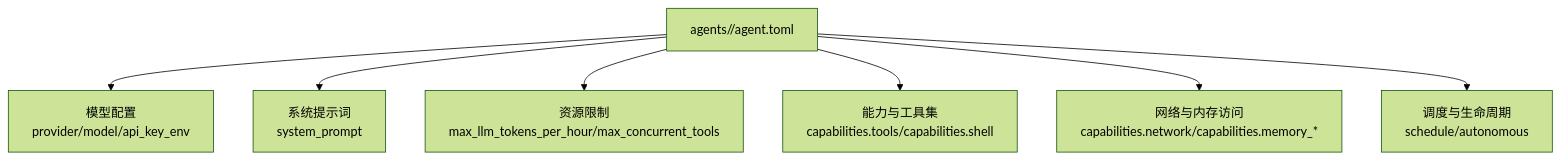
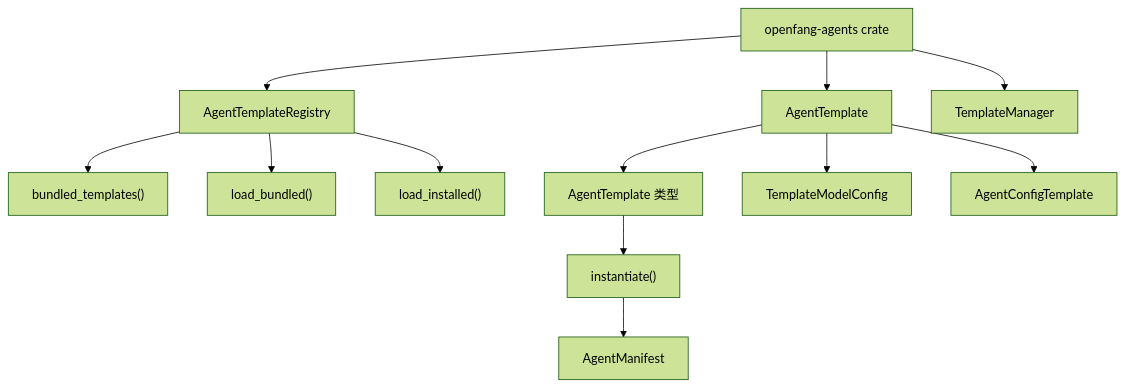
The first of 4 diagrams in .qoder/repowiki/zh/content/智能体开发/预构建智能体模板/预构建智能体模板.md (hexiaowen-bot/openfang), drawn with Mermaid (forest theme) before and after one commit. The commit also changed other lines of this file and 65 other files, not shown here.

````diff
--- a/.qoder/repowiki/zh/content/智能体开发/预构建智能体模板/预构建智能体模板.md
+++ b/.qoder/repowiki/zh/content/智能体开发/预构建智能体模板/预构建智能体模板.md
@@ -51,9 +72,14 @@
 ```mermaid
 graph TB
-A["agents/<agent_name>/agent.toml"] --> B["模型配置<br/>provider/model/api_key_env"]
-A --> C["系统提示词<br/>system_prompt"]
-A --> D["资源限制<br/>max_llm_tokens_per_hour/max_concurrent_tools"]
-A --> E["能力与工具集<br/>capabilities.tools/capabilities.shell"]
-A --> F["网络与内存访问<br/>capabilities.network/capabilities.memory_*"]
-A --> G["调度与生命周期<br/>schedule/autonomous"]
+A["openfang-agents crate"] --> B["AgentTemplateRegistry"]
+A --> C["AgentTemplate"]
+A --> D["TemplateManager"]
+B --> E["bundled_templates()"]
+B --> F["load_bundled()"]
+B --> G["load_installed()"]
+C --> H["AgentTemplate 类型"]
+C --> I["TemplateModelConfig"]
+C --> J["AgentConfigTemplate"]
+H --> K["instantiate()"]
+K --> L["AgentManifest"]
 ```
````
